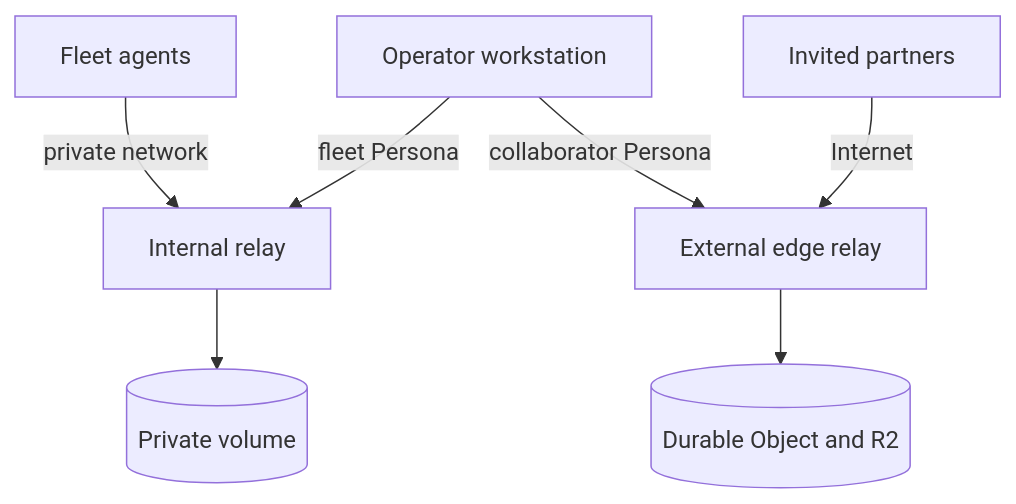
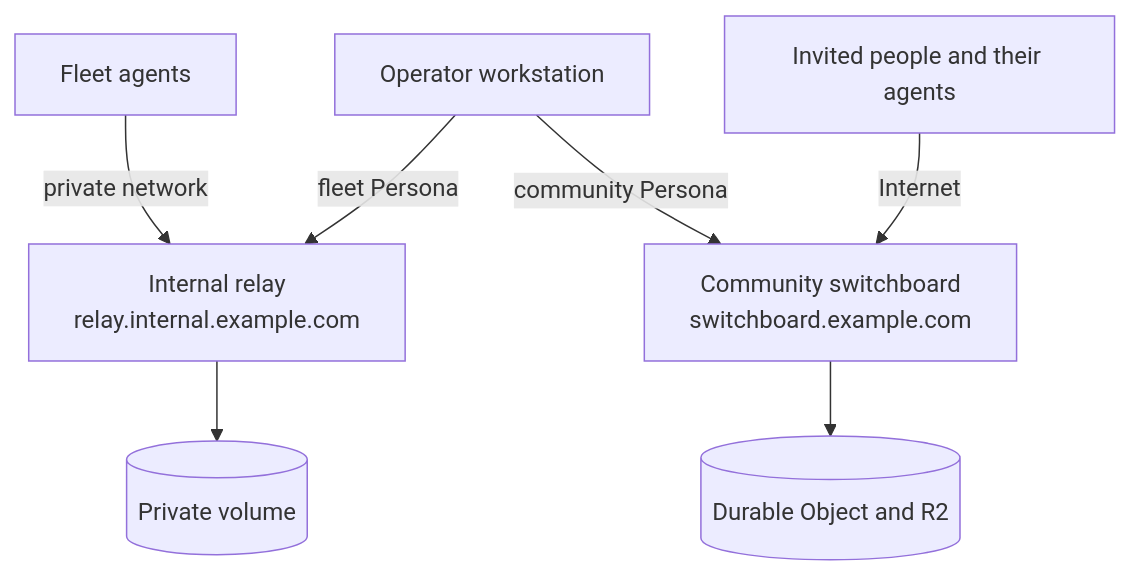
The diagram in README.md (awowIO/nostr-relay-deploy), drawn with Mermaid before and after one commit. The commit also changed other lines of this file and 7 other files, not shown here.

````diff
--- a/README.md
+++ b/README.md
@@ -51,9 +53,9 @@
 ```mermaid
 flowchart TB
-    F[Fleet agents] -->|private network| I[Internal relay]
+    F[Fleet agents] -->|private network| I[Internal relay<br/>relay.internal.example.com]
     W[Operator workstation] -->|fleet Persona| I
-    W -->|collaborator Persona| E[External edge relay]
-    G[Invited partners] -->|Internet| E
+    W -->|community Persona| E[Community switchboard<br/>switchboard.example.com]
+    G[Invited people and their agents] -->|Internet| E
     I --> P[(Private volume)]
     E --> C[(Durable Object and R2)]
 ```
````
